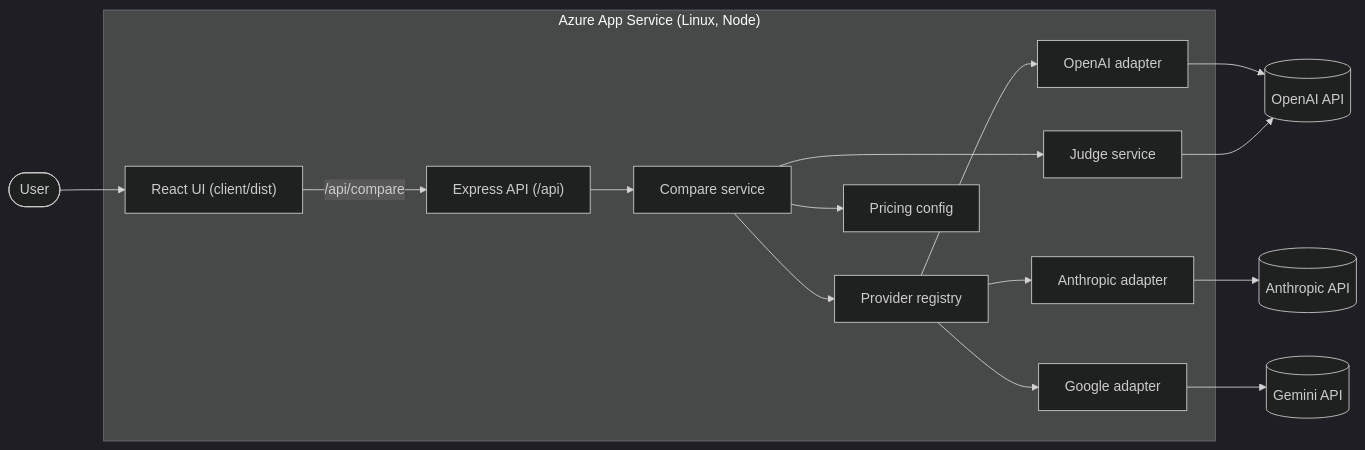
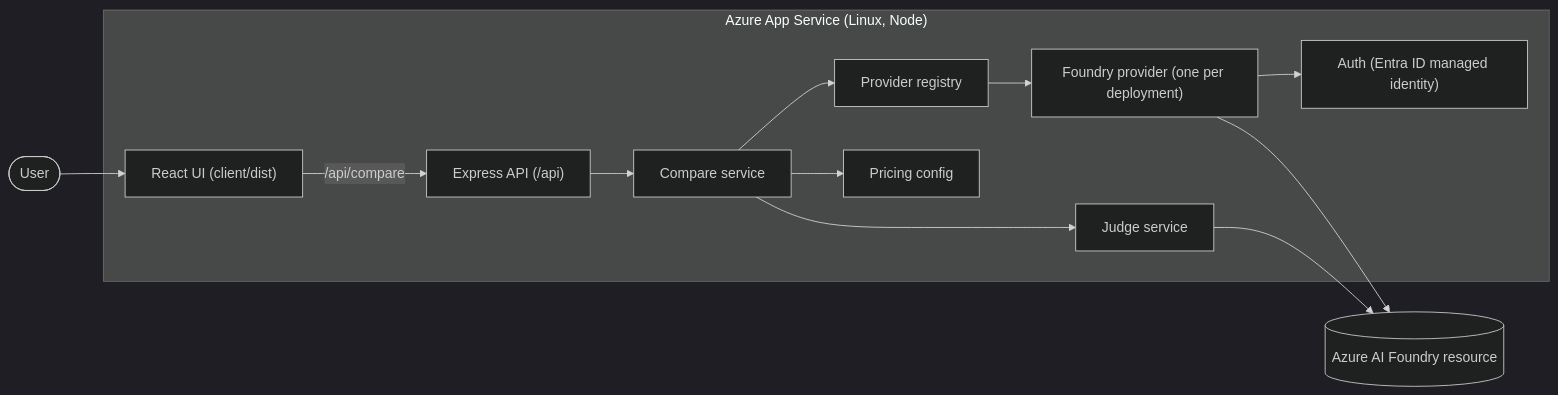
Before and after one commit to raz1981/hackathon-ai-tour-3: the first of 7 diagrams in docs/plan/architecture.md, drawn with Mermaid (dark theme). The commit also changed other lines of this file and 44 other files, not shown here.

Commit message:
Implement Token Exploration with Azure AI Foundry models

````diff
--- a/docs/plan/architecture.md
+++ b/docs/plan/architecture.md
@@ -7,20 +7,17 @@
 ```mermaid
 flowchart LR
   User([User]) --> UI["React UI (client/dist)"]
   subgraph Azure["Azure App Service (Linux, Node)"]
     UI
     API["Express API (/api)"]
     UI -- "/api/compare" --> API
     API --> Compare["Compare service"]
     Compare --> Registry["Provider registry"]
     Compare --> Judge["Judge service"]
     Compare --> Pricing["Pricing config"]
-    Registry --> OA["OpenAI adapter"]
-    Registry --> AN["Anthropic adapter"]
-    Registry --> GE["Google adapter"]
+    Registry --> FP["Foundry provider (one per deployment)"]
+    FP --> Auth["Auth (Entra ID managed identity)"]
   end
-  OA --> OpenAI[("OpenAI API")]
-  AN --> Anthropic[("Anthropic API")]
-  GE --> Gemini[("Gemini API")]
-  Judge --> OpenAI
+  FP --> Foundry[("Azure AI Foundry resource")]
+  Judge --> Foundry
 ```
````
